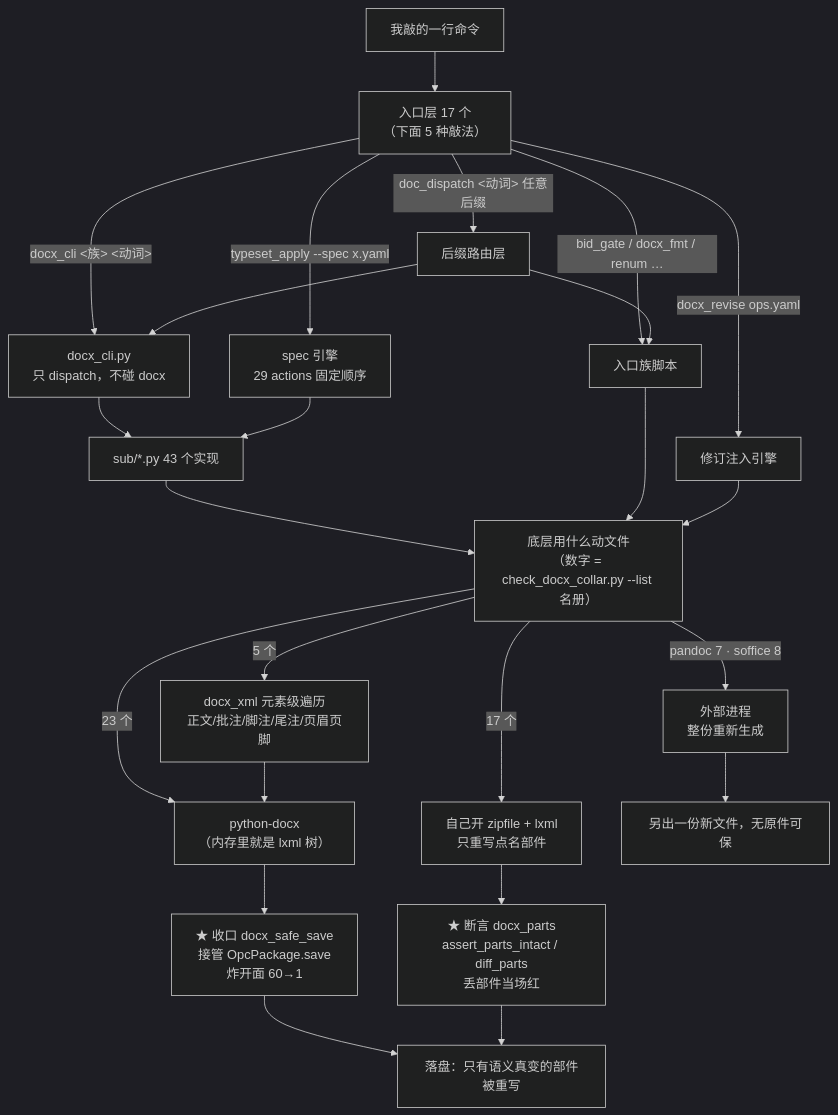
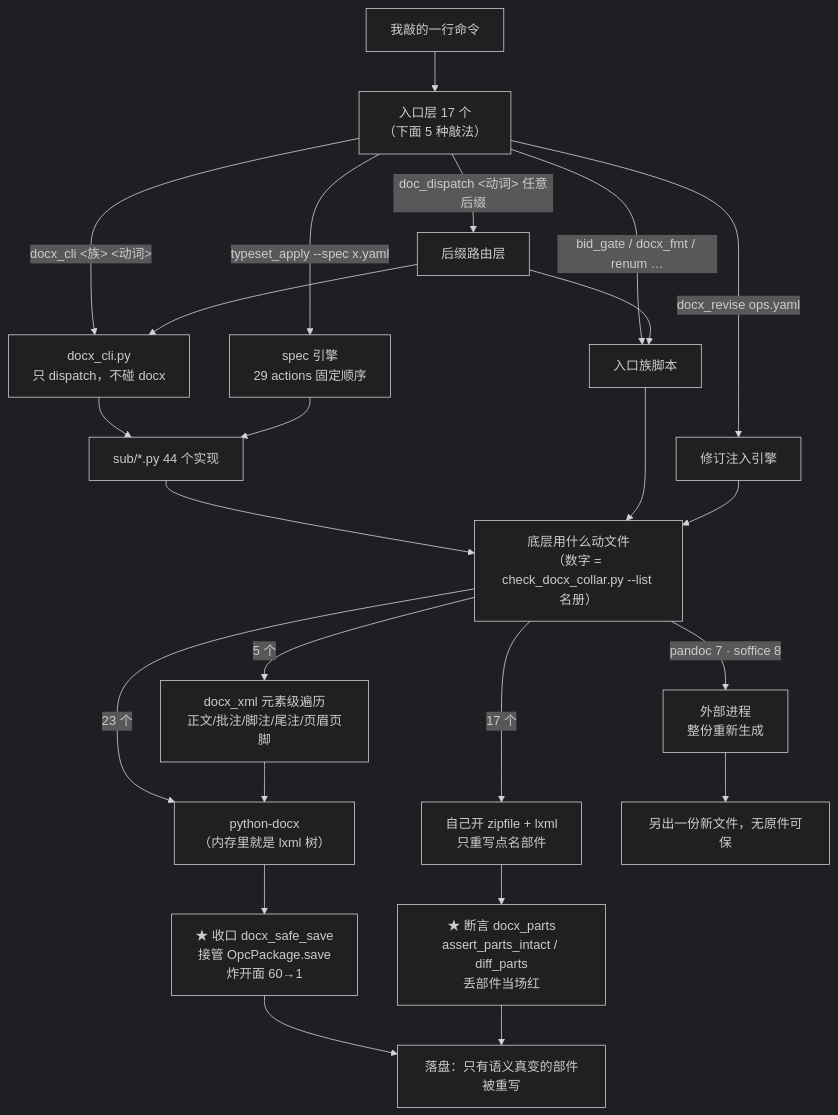
One commit to zengtianli/doctools changed the diagram in handoffs/docx-scripts-inventory.md. Above: the diagram before and after it, drawn with Mermaid (dark theme). The commit also changed other lines of this file and 3 other files, not shown here.

First line of the commit message:
feat(graph): 脚本关系图扩成一页三视图 —— 图谱(力导向)/清单/93 条动词→实现脚本

````diff
--- a/handoffs/docx-scripts-inventory.md
+++ b/handoffs/docx-scripts-inventory.md
@@ -63,29 +69,29 @@
 ```mermaid
 flowchart TB
     U["我敲的一行命令"] --> R["入口层 17 个<br/>（下面 5 种敲法）"]
     R -->|"docx_cli &lt;族&gt; &lt;动词&gt;"| CLI["docx_cli.py<br/>只 dispatch，不碰 docx"]
     R -->|"typeset_apply --spec x.yaml"| SPEC["spec 引擎<br/>29 actions 固定顺序"]
     R -->|"docx_revise ops.yaml"| REV["修订注入引擎"]
     R -->|"bid_gate / docx_fmt / renum …"| ENT["入口族脚本"]
     R -->|"doc_dispatch &lt;动词&gt; 任意后缀"| DIS["后缀路由层"]
 
-    CLI --> SUB["sub/*.py 43 个实现"]
+    CLI --> SUB["sub/*.py 44 个实现"]
     DIS --> CLI
     DIS --> ENT
     SPEC --> SUB
     SUB --> E["底层用什么动文件<br/>（数字 = check_docx_collar.py --list 名册）"]
     ENT --> E
     REV --> E
 
     E -->|"23 个"| P["python-docx<br/>（内存里就是 lxml 树）"]
     E -->|"17 个"| Z["自己开 zipfile + lxml<br/>只重写点名部件"]
     E -->|"5 个"| X["docx_xml 元素级遍历<br/>正文/批注/脚注/尾注/页眉页脚"]
     E -->|"pandoc 7 · soffice 8"| O["外部进程<br/>整份重新生成"]
 
     P --> C1["★ 收口 docx_safe_save<br/>接管 OpcPackage.save<br/>炸开面 60→1"]
     Z --> C2["★ 断言 docx_parts<br/>assert_parts_intact / diff_parts<br/>丢部件当场红"]
     X --> P
     C1 --> OUT["落盘：只有语义真变的部件被重写"]
     C2 --> OUT
     O --> NEW["另出一份新文件，无原件可保"]
 ```
````
